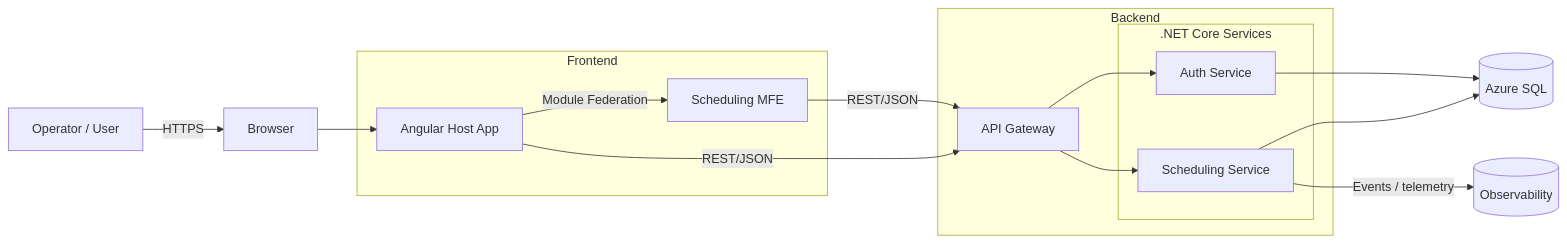
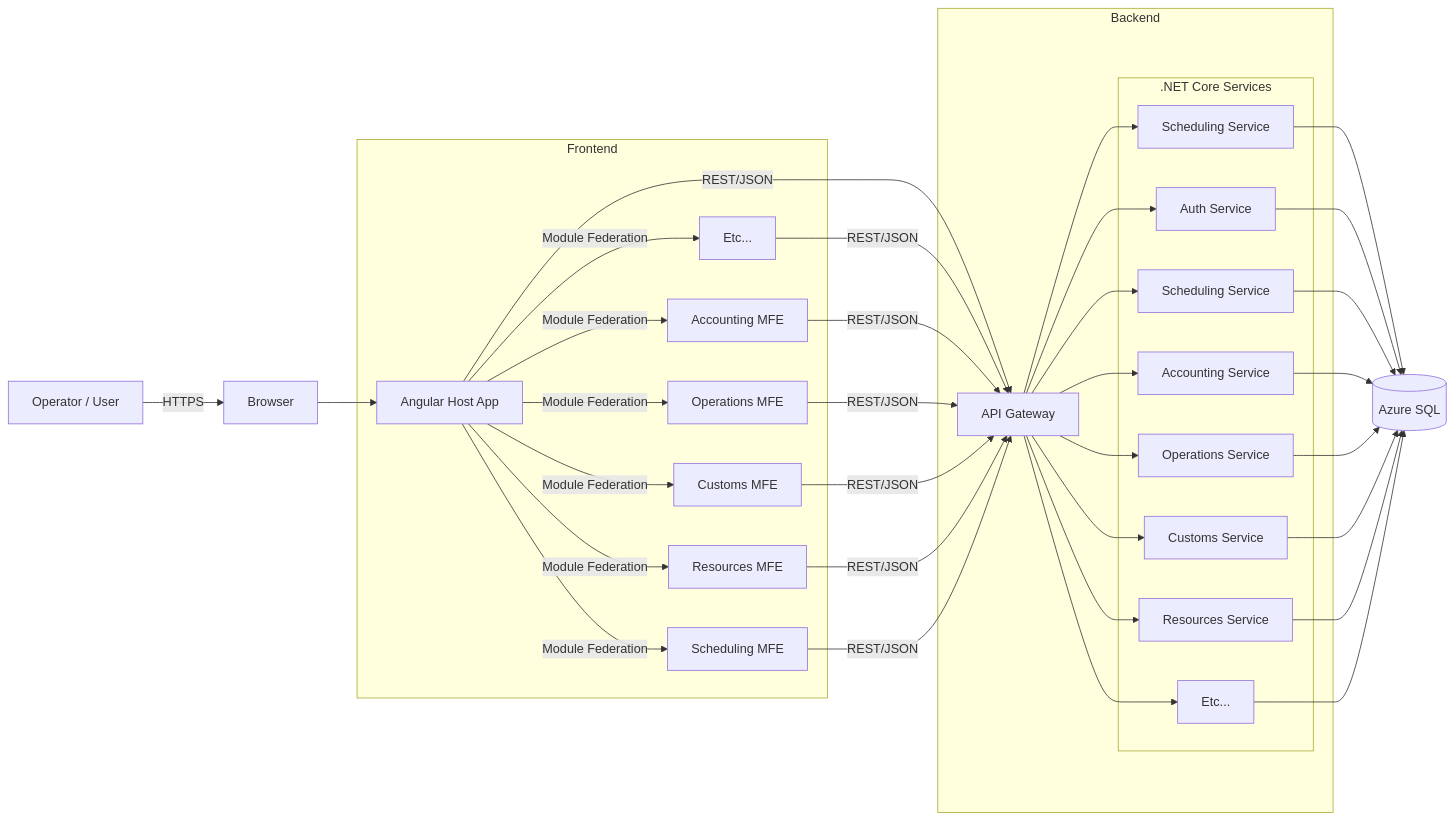
The diagram in pmis-docs/content/guides/architecture.mdx (atlamors/pmis-panama), drawn with Mermaid before and after one commit. The commit also changed other lines of this file and 23 other files, not shown here.

````diff
--- a/pmis-docs/content/guides/architecture.mdx
+++ b/pmis-docs/content/guides/architecture.mdx
@@ -5,29 +5,55 @@
 ```mermaid
 ---
 config:
     layout: dagre
     theme: mc
 ---
 flowchart LR
  subgraph FE["Frontend"]
         host["Angular Host App"]
         mfe1["Scheduling MFE"]
+        mfe2["Accounting MFE"]
+        mfe3["Operations MFE"]
+        mfe4["Customs MFE"]
+        mfe5["Resources MFE"]
+        mfe6["Etc..."]
   end
  subgraph SVC[".NET Core Services"]
-        sched["Scheduling Service"]
-        auth["Auth Service"]
+        service6["Etc..."] 
+        service1["Scheduling Service"]
+        service2["Accounting Service"]
+        service3["Operations Service"]
+        service4["Customs Service"]
+        service5["Resources Service"]
+        service7["Scheduling Service"]
+        service8["Auth Service"]
   end
  subgraph BE["Backend"]
         gw["API Gateway"]
         SVC
   end
     user["Operator / User"] -- HTTPS --> browser["Browser"]
     browser --> host
     host -- Module Federation --> mfe1
+    host -- Module Federation --> mfe2
+    host -- Module Federation --> mfe3
+    host -- Module Federation --> mfe4
+    host -- Module Federation --> mfe5
+    host -- Module Federation --> mfe6
     host -- REST/JSON --> gw
+    mfe6 -- REST/JSON --> gw
+    mfe2 -- REST/JSON --> gw
+    mfe3 -- REST/JSON --> gw
+    mfe4 -- REST/JSON --> gw
+    mfe5 -- REST/JSON --> gw
     mfe1 -- REST/JSON --> gw
-    gw --> sched & auth
-    sched --> db[("Azure SQL")]
-    auth --> db
-    sched -- Events / telemetry --> obs[("Observability")]
+    gw --> service7 & service8 & service1 & service2 & service3 & service4 & service5 & service6
+    service7 --> db[("Azure SQL")]
+    service8 --> db
+    service1 --> db
+    service2 --> db
+    service3 --> db
+    service4 --> db
+    service5 --> db
+    service6 --> db
 ```
````
